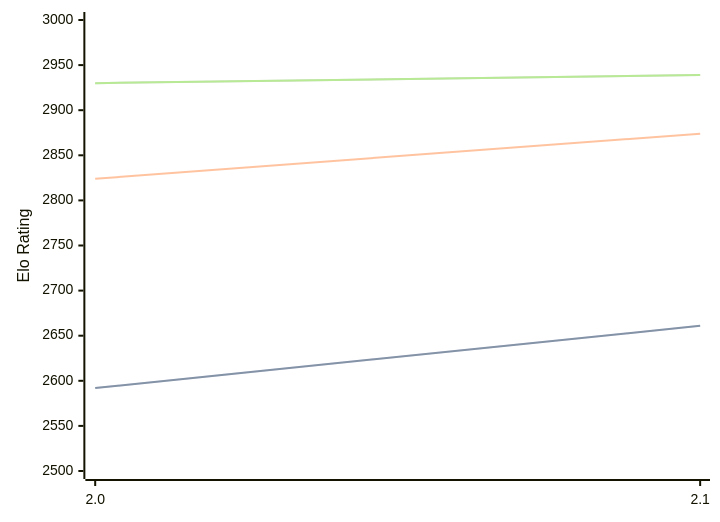
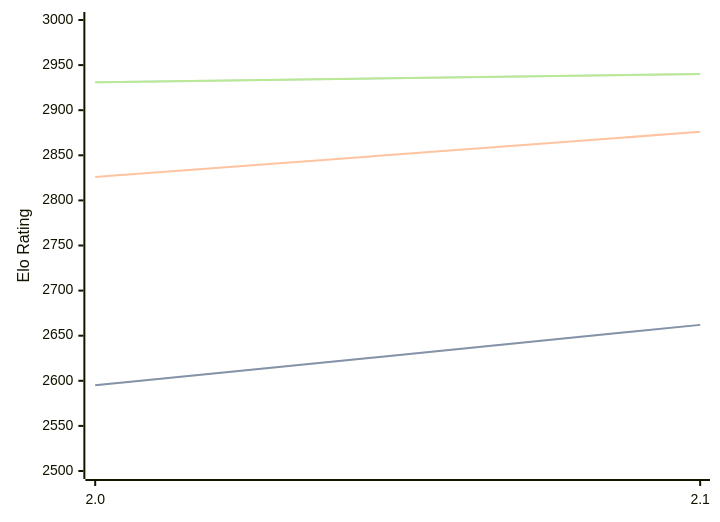
The diagram in engines/Noggin.md (computer-chess-index/cci), drawn with Mermaid before and after one commit. The commit also changed other lines of this file, not shown here.

Commit message:
Update CCI Ratings (ELO VLTC) - 2026-08-22

````diff
--- a/engines/Noggin.md
+++ b/engines/Noggin.md
@@ -33,11 +33,11 @@
 ```mermaid
 %%{init: {"theme":"base","themeVariables":{"seriesColors:['#a3a3a3','#222221','#faa371']}}}%%
 xychart-beta
   x-axis ["2.0", "2.1"]
   y-axis "Elo Rating" 2500 --> 3000
-  line "STC (8.0+0.08s)" [2592, 2661]
-  line "STC (8.0+0.08s)" [2592, 2661]
-  line "LTC (60.0+0.60s)" [2824, 2874]
-  line "VLTC (2m24s+1.12s)" [2930, 2939]
-  line "VLTC (2m24s+1.12s)" [2930, 2939]
+  line "STC (8.0+0.08s)" [2595, 2662]
+  line "STC (8.0+0.08s)" [2595, 2662]
+  line "LTC (60.0+0.60s)" [2826, 2876]
+  line "VLTC (2m24s+1.12s)" [2931, 2940]
+  line "VLTC (2m24s+1.12s)" [2931, 2940]
 ```
````
